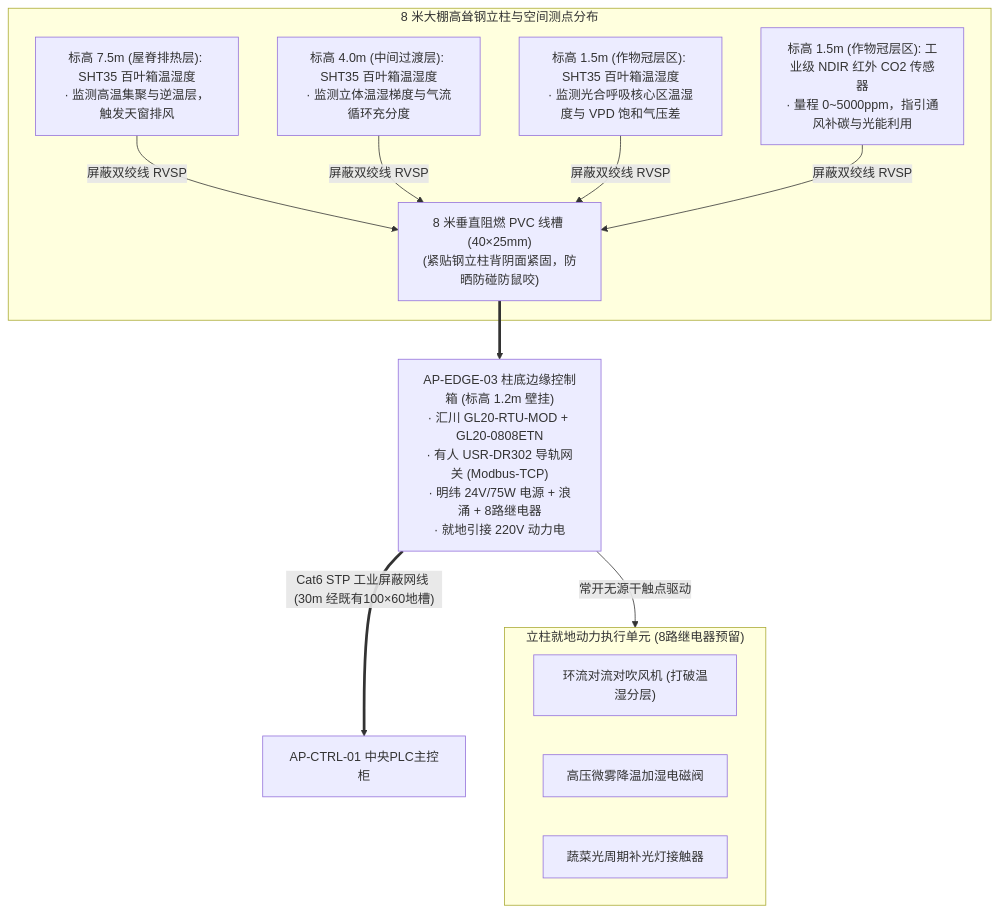
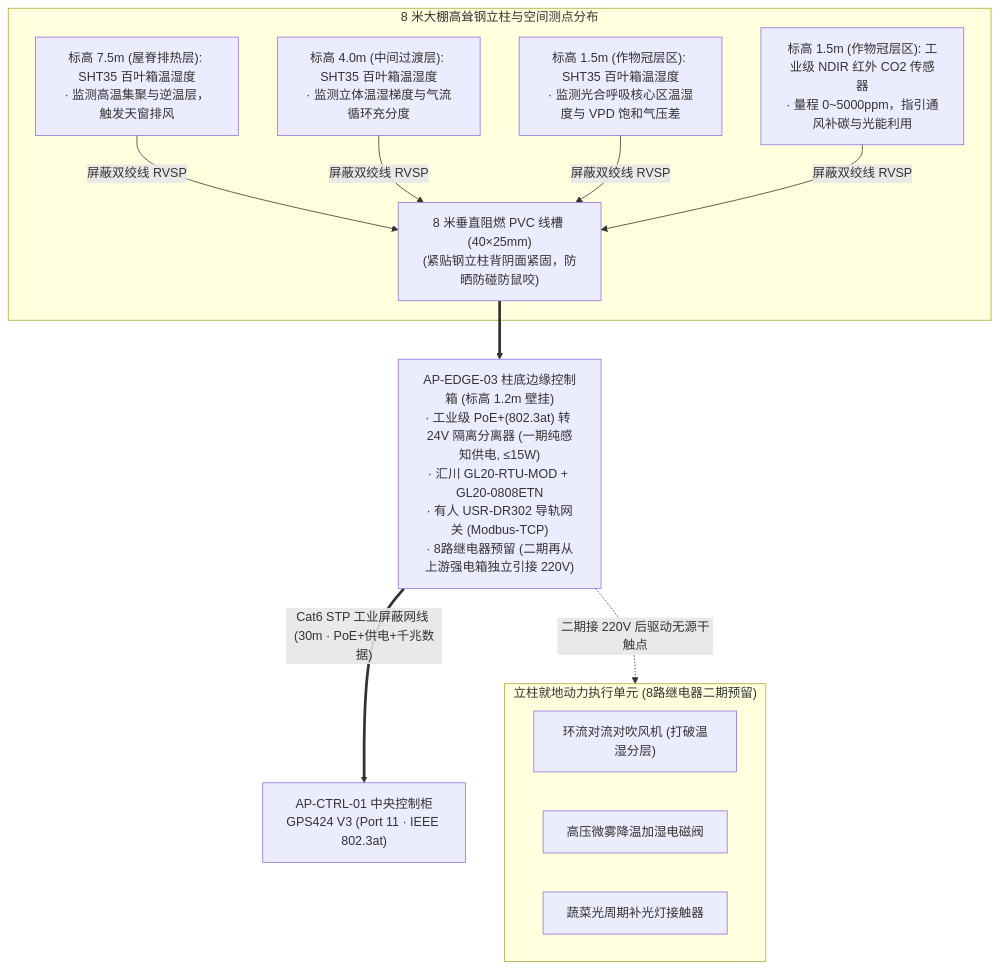
The diagram in docs/02_requirements_and_plans/03_engineering_specs/06_温室立柱微气候边缘控制箱与立体气象感知工程规范.md (digitalboy/aquaponics), drawn with Mermaid before and after one commit. The commit also changed other lines of this file and 8 other files, not shown here.

````diff
--- a/docs/02_requirements_and_plans/03_engineering_specs/06_温室立柱微气候边缘控制箱与立体气象感知工程规范.md
+++ b/docs/02_requirements_and_plans/03_engineering_specs/06_温室立柱微气候边缘控制箱与立体气象感知工程规范.md
@@ -17,25 +17,25 @@
 ```mermaid
 flowchart TD
     subgraph Column8M ["8 米大棚高耸钢立柱与空间测点分布"]
         TopSensor["标高 7.5m (屋脊排热层): SHT35 百叶箱温湿度<br>· 监测高温集聚与逆温层，触发天窗排风"]
         MidSensor["标高 4.0m (中间过渡层): SHT35 百叶箱温湿度<br>· 监测立体温湿梯度与气流循环充分度"]
         BottomSensor["标高 1.5m (作物冠层区): SHT35 百叶箱温湿度<br>· 监测光合呼吸核心区温湿度与 VPD 饱和气压差"]
         CO2Sensor["标高 1.5m (作物冠层区): 工业级 NDIR 红外 CO2 传感器<br>· 量程 0~5000ppm，指引通风补碳与光能利用"]
 
         TopSensor -->|屏蔽双绞线 RVSP| Trunking["8 米垂直阻燃 PVC 线槽 (40×25mm)<br>(紧贴钢立柱背阴面紧固，防晒防碰防鼠咬)"]
         MidSensor -->|屏蔽双绞线 RVSP| Trunking
         BottomSensor -->|屏蔽双绞线 RVSP| Trunking
         CO2Sensor -->|屏蔽双绞线 RVSP| Trunking
     end
 
-    Trunking ==> BoxBase["AP-EDGE-03 柱底边缘控制箱 (标高 1.2m 壁挂)<br>· 汇川 GL20-RTU-MOD + GL20-0808ETN<br>· 有人 USR-DR302 导轨网关 (Modbus-TCP)<br>· 明纬 24V/75W 电源 + 浪涌 + 8路继电器<br>· 就地引接 220V 动力电"]
+    Trunking ==> BoxBase["AP-EDGE-03 柱底边缘控制箱 (标高 1.2m 壁挂)<br>· 工业级 PoE+(802.3at) 转 24V 隔离分离器 (一期纯感知供电, ≤15W)<br>· 汇川 GL20-RTU-MOD + GL20-0808ETN<br>· 有人 USR-DR302 导轨网关 (Modbus-TCP)<br>· 8路继电器预留 (二期再从上游强电箱独立引接 220V)"]
 
-    subgraph Actuators ["立柱就地动力执行单元 (8路继电器预留)"]
+    subgraph Actuators ["立柱就地动力执行单元 (8路继电器二期预留)"]
         Fan["环流对流对吹风机 (打破温湿分层)"]
         Valve["高压微雾降温加湿电磁阀"]
         Light["蔬菜光周期补光灯接触器"]
     end
 
-    BoxBase -->|常开无源干触点驱动| Actuators
-    BoxBase == Cat6 STP 工业屏蔽网线 (30m 经既有100×60地槽) ==> CentralPLC["AP-CTRL-01 中央PLC主控柜"]
+    BoxBase -.->|二期接 220V 后驱动无源干触点| Actuators
+    BoxBase == Cat6 STP 工业屏蔽网线 (30m · PoE+供电+千兆数据) ==> CentralPLC["AP-CTRL-01 中央控制柜<br>GPS424 V3 (Port 11 · IEEE 802.3at)"]
 ```
````
